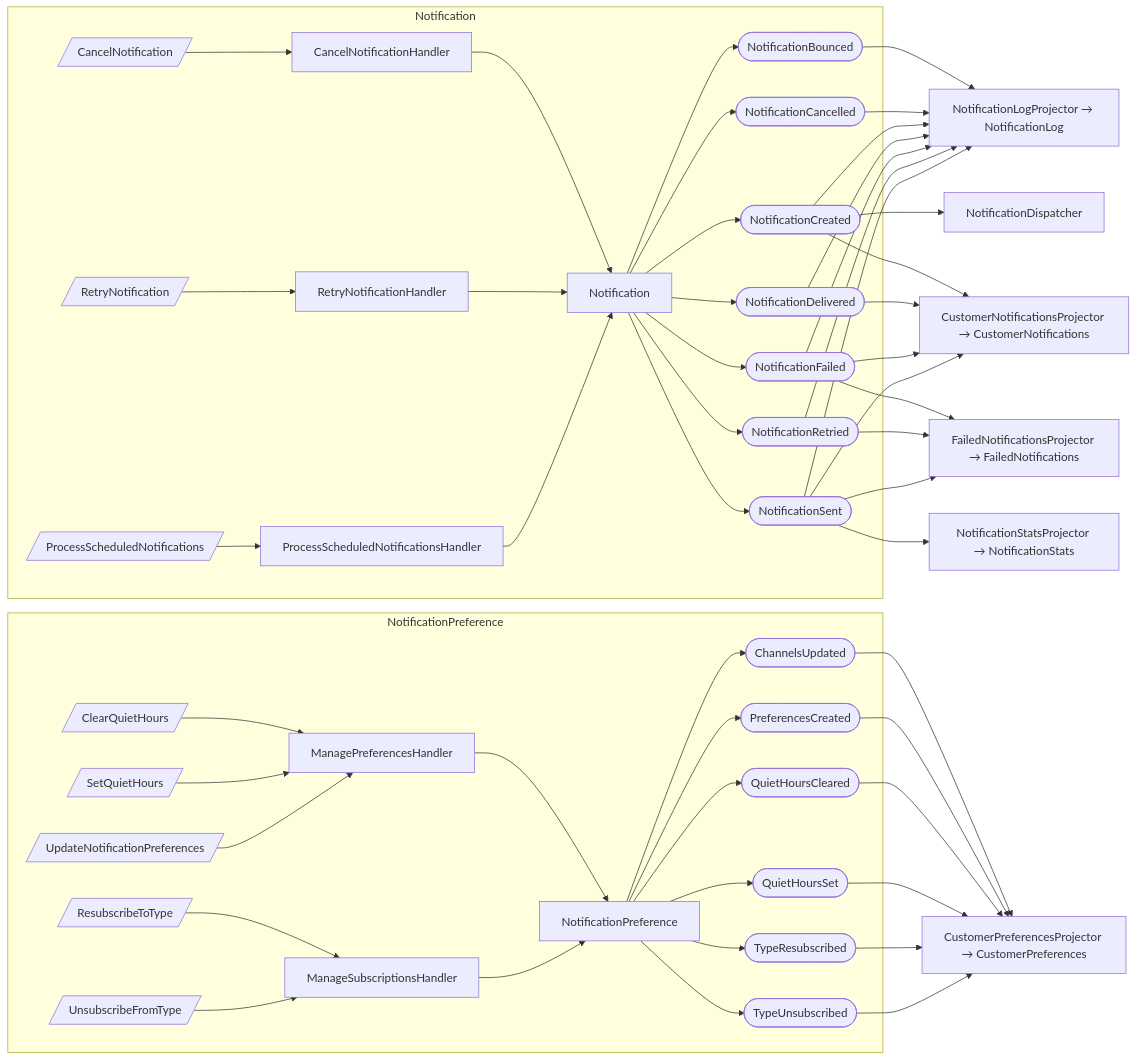
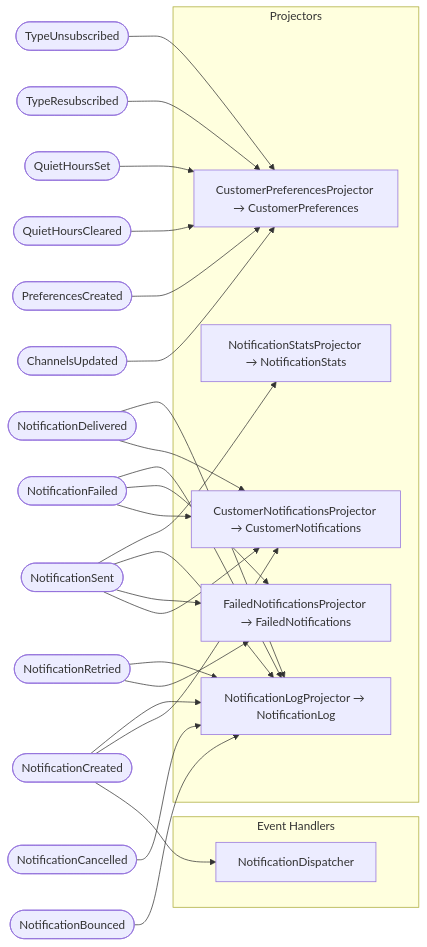
The third of 3 diagrams in docs/notifications/event-flows.md (proteanhq/shopstream), drawn with Mermaid before and after one commit. The commit also changed 24 other files, not shown here.

First line of the commit message:
Regenerate docs with improved Mermaid diagrams from upstream Protean fixes

````diff
--- a/docs/notifications/event-flows.md
+++ b/docs/notifications/event-flows.md
@@ -3,82 +73,42 @@
 ```mermaid
 flowchart LR
-    subgraph notifications_notification_notification_Notification[Notification]
-        agg_notifications_notification_notification_Notification[Notification]
-        cmd_notifications_notification_cancellation_CancelNotification[/CancelNotification/]
-        cmd_notifications_notification_retry_RetryNotification[/RetryNotification/]
-        cmd_notifications_notification_scheduler_ProcessScheduledNotifications[/ProcessScheduledNotifications/]
-        evt_notifications_notification_events_NotificationBounced([NotificationBounced])
-        evt_notifications_notification_events_NotificationCancelled([NotificationCancelled])
-        evt_notifications_notification_events_NotificationCreated([NotificationCreated])
-        evt_notifications_notification_events_NotificationDelivered([NotificationDelivered])
-        evt_notifications_notification_events_NotificationFailed([NotificationFailed])
-        evt_notifications_notification_events_NotificationRetried([NotificationRetried])
-        evt_notifications_notification_events_NotificationSent([NotificationSent])
-        hdlr_notifications_notification_cancellation_CancelNotificationHandler[CancelNotificationHandler]
-        hdlr_notifications_notification_retry_RetryNotificationHandler[RetryNotificationHandler]
-        hdlr_notifications_notification_scheduler_ProcessScheduledNotificationsHandler[ProcessScheduledNotificationsHandler]
+    evt_notifications_notification_events_NotificationBounced([NotificationBounced])
+    evt_notifications_notification_events_NotificationCancelled([NotificationCancelled])
+    evt_notifications_notification_events_NotificationCreated([NotificationCreated])
+    evt_notifications_notification_events_NotificationDelivered([NotificationDelivered])
+    evt_notifications_notification_events_NotificationFailed([NotificationFailed])
+    evt_notifications_notification_events_NotificationRetried([NotificationRetried])
+    evt_notifications_notification_events_NotificationSent([NotificationSent])
+    evt_notifications_preference_events_ChannelsUpdated([ChannelsUpdated])
+    evt_notifications_preference_events_PreferencesCreated([PreferencesCreated])
+    evt_notifications_preference_events_QuietHoursCleared([QuietHoursCleared])
+    evt_notifications_preference_events_QuietHoursSet([QuietHoursSet])
+    evt_notifications_preference_events_TypeResubscribed([TypeResubscribed])
+    evt_notifications_preference_events_TypeUnsubscribed([TypeUnsubscribed])
+    subgraph event_handlers["Event Handlers"]
+        eh_notifications_notification_dispatch_NotificationDispatcher[NotificationDispatcher]
     end
-    subgraph notifications_preference_preference_NotificationPreference[NotificationPreference]
-        agg_notifications_preference_preference_NotificationPreference[NotificationPreference]
-        cmd_notifications_preference_management_ClearQuietHours[/ClearQuietHours/]
-        cmd_notifications_preference_management_SetQuietHours[/SetQuietHours/]
-        cmd_notifications_preference_management_UpdateNotificationPreferences[/UpdateNotificationPreferences/]
-        cmd_notifications_preference_subscription_ResubscribeToType[/ResubscribeToType/]
-        cmd_notifications_preference_subscription_UnsubscribeFromType[/UnsubscribeFromType/]
-        evt_notifications_preference_events_ChannelsUpdated([ChannelsUpdated])
-        evt_notifications_preference_events_PreferencesCreated([PreferencesCreated])
-        evt_notifications_preference_events_QuietHoursCleared([QuietHoursCleared])
-        evt_notifications_preference_events_QuietHoursSet([QuietHoursSet])
-        evt_notifications_preference_events_TypeResubscribed([TypeResubscribed])
-        evt_notifications_preference_events_TypeUnsubscribed([TypeUnsubscribed])
-        hdlr_notifications_preference_management_ManagePreferencesHandler[ManagePreferencesHandler]
-        hdlr_notifications_preference_subscription_ManageSubscriptionsHandler[ManageSubscriptionsHandler]
+    subgraph projectors["Projectors"]
+        proj_notifications_projections_customer_notifications_CustomerNotificationsProjector[CustomerNotificationsProjector → CustomerNotifications]
+        proj_notifications_projections_customer_preferences_CustomerPreferencesProjector[CustomerPreferencesProjector → CustomerPreferences]
+        proj_notifications_projections_failed_notifications_FailedNotificationsProjector[FailedNotificationsProjector → FailedNotifications]
+        proj_notifications_projections_notification_log_NotificationLogProjector[NotificationLogProjector → NotificationLog]
+        proj_notifications_projections_notification_stats_NotificationStatsProjector[NotificationStatsProjector → NotificationStats]
     end
-    cmd_notifications_notification_cancellation_CancelNotification --> hdlr_notifications_notification_cancellation_CancelNotificationHandler
-    hdlr_notifications_notification_cancellation_CancelNotificationHandler --> agg_notifications_notification_notification_Notification
-    cmd_notifications_notification_retry_RetryNotification --> hdlr_notifications_notification_retry_RetryNotificationHandler
-    hdlr_notifications_notification_retry_RetryNotificationHandler --> agg_notifications_notification_notification_Notification
-    cmd_notifications_notification_scheduler_ProcessScheduledNotifications --> hdlr_notifications_notification_scheduler_ProcessScheduledNotificationsHandler
-    hdlr_notifications_notification_scheduler_ProcessScheduledNotificationsHandler --> agg_notifications_notification_notification_Notification
-    agg_notifications_notification_notification_Notification --> evt_notifications_notification_events_NotificationBounced
-    agg_notifications_notification_notification_Notification --> evt_notifications_notification_events_NotificationCancelled
-    agg_notifications_notification_notification_Notification --> evt_notifications_notification_events_NotificationCreated
-    agg_notifications_notification_notification_Notification --> evt_notifications_notification_events_NotificationDelivered
-    agg_notifications_notification_notification_Notification --> evt_notifications_notification_events_NotificationFailed
-    agg_notifications_notification_notification_Notification --> evt_notifications_notification_events_NotificationRetried
-    agg_notifications_notification_notification_Notification --> evt_notifications_notification_events_NotificationSent
-    cmd_notifications_preference_management_ClearQuietHours --> hdlr_notifications_preference_management_ManagePreferencesHandler
-    cmd_notifications_preference_management_SetQuietHours --> hdlr_notifications_preference_management_ManagePreferencesHandler
-    cmd_notifications_preference_management_UpdateNotificationPreferences --> hdlr_notifications_preference_management_ManagePreferencesHandler
-    hdlr_notifications_preference_management_ManagePreferencesHandler --> agg_notifications_preference_preference_NotificationPreference
-    cmd_notifications_preference_subscription_ResubscribeToType --> hdlr_notifications_preference_subscription_ManageSubscriptionsHandler
-    cmd_notifications_preference_subscription_UnsubscribeFromType --> hdlr_notifications_preference_subscription_ManageSubscriptionsHandler
-    hdlr_notifications_preference_subscription_ManageSubscriptionsHandler --> agg_notifications_preference_preference_NotificationPreference
-    agg_notifications_preference_preference_NotificationPreference --> evt_notifications_preference_events_ChannelsUpdated
-    agg_notifications_preference_preference_NotificationPreference --> evt_notifications_preference_events_PreferencesCreated
-    agg_notifications_preference_preference_NotificationPreference --> evt_notifications_preference_events_QuietHoursCleared
-    agg_notifications_preference_preference_NotificationPreference --> evt_notifications_preference_events_QuietHoursSet
-    agg_notifications_preference_preference_NotificationPreference --> evt_notifications_preference_events_TypeResubscribed
-    agg_notifications_preference_preference_NotificationPreference --> evt_notifications_preference_events_TypeUnsubscribed
-    eh_notifications_notification_dispatch_NotificationDispatcher[NotificationDispatcher]
     evt_notifications_notification_events_NotificationCreated --> eh_notifications_notification_dispatch_NotificationDispatcher
-    proj_notifications_projections_customer_notifications_CustomerNotificationsProjector[CustomerNotificationsProjector → CustomerNotifications]
     evt_notifications_notification_events_NotificationCreated --> proj_notifications_projections_customer_notifications_CustomerNotificationsProjector
     evt_notifications_notification_events_NotificationDelivered --> proj_notifications_projections_customer_notifications_CustomerNotificationsProjector
     evt_notifications_notification_events_NotificationFailed --> proj_notifications_projections_customer_notifications_CustomerNotificationsProjector
     evt_notifications_notification_events_NotificationSent --> proj_notifications_projections_customer_notifications_CustomerNotificationsProjector
-    proj_notifications_projections_customer_preferences_CustomerPreferencesProjector[CustomerPreferencesProjector → CustomerPreferences]
     evt_notifications_preference_events_ChannelsUpdated --> proj_notifications_projections_customer_preferences_CustomerPreferencesProjector
     evt_notifications_preference_events_PreferencesCreated --> proj_notifications_projections_customer_preferences_CustomerPreferencesProjector
     evt_notifications_preference_events_QuietHoursCleared --> proj_notifications_projections_customer_preferences_CustomerPreferencesProjector
     evt_notifications_preference_events_QuietHoursSet --> proj_notifications_projections_customer_preferences_CustomerPreferencesProjector
     evt_notifications_preference_events_TypeResubscribed --> proj_notifications_projections_customer_preferences_CustomerPreferencesProjector
     evt_notifications_preference_events_TypeUnsubscribed --> proj_notifications_projections_customer_preferences_CustomerPreferencesProjector
-    proj_notifications_projections_failed_notifications_FailedNotificationsProjector[FailedNotificationsProjector → FailedNotifications]
     evt_notifications_notification_events_NotificationFailed --> proj_notifications_projections_failed_notifications_FailedNotificationsProjector
     evt_notifications_notification_events_NotificationRetried --> proj_notifications_projections_failed_notifications_FailedNotificationsProjector
     evt_notifications_notification_events_NotificationSent --> proj_notifications_projections_failed_notifications_FailedNotificationsProjector
-    proj_notifications_projections_notification_log_NotificationLogProjector[NotificationLogProjector → NotificationLog]
     evt_notifications_notification_events_NotificationBounced --> proj_notifications_projections_notification_log_NotificationLogProjector
     evt_notifications_notification_events_NotificationCancelled --> proj_notifications_projections_notification_log_NotificationLogProjector
     evt_notifications_notification_events_NotificationCreated --> proj_notifications_projections_notification_log_NotificationLogProjector
@@ -86,6 +116,5 @@
     evt_notifications_notification_events_NotificationFailed --> proj_notifications_projections_notification_log_NotificationLogProjector
     evt_notifications_notification_events_NotificationRetried --> proj_notifications_projections_notification_log_NotificationLogProjector
     evt_notifications_notification_events_NotificationSent --> proj_notifications_projections_notification_log_NotificationLogProjector
-    proj_notifications_projections_notification_stats_NotificationStatsProjector[NotificationStatsProjector → NotificationStats]
     evt_notifications_notification_events_NotificationSent --> proj_notifications_projections_notification_stats_NotificationStatsProjector
 ```
````
